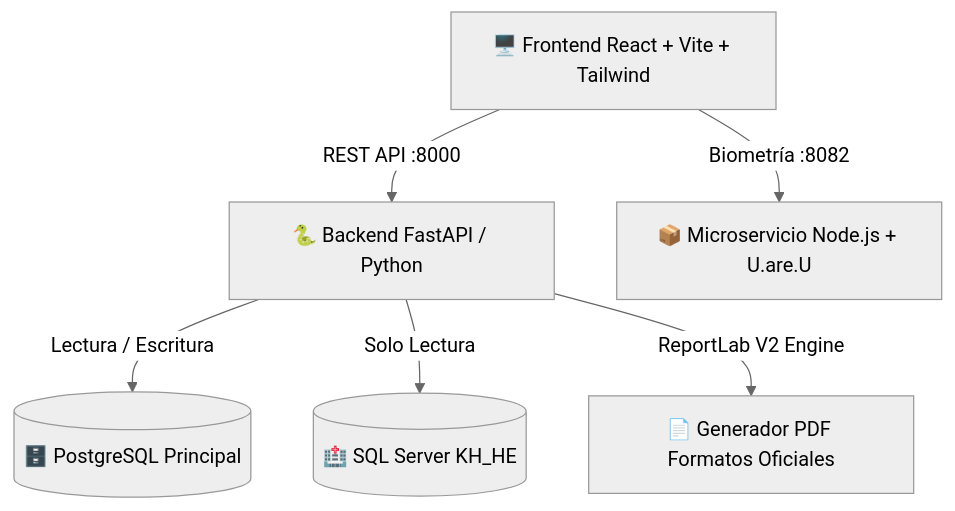
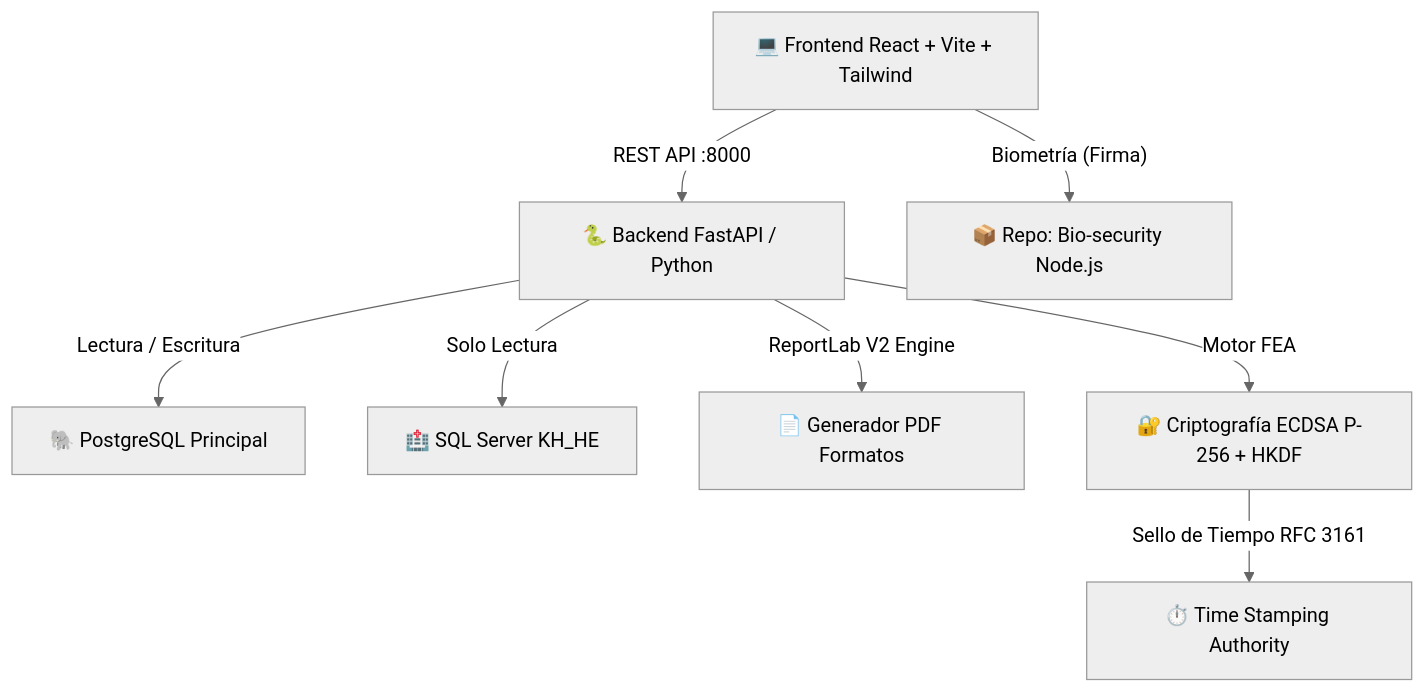
Before and after one commit to TeruIshijo1/Bit-cora-M-dica: the diagram in README.md, drawn with Mermaid (neutral theme).

Commit message:
docs: actualizar diagrama de arquitectura con el motor FEA y TSA

````diff
--- a/README.md
+++ b/README.md
@@ -22,8 +22,10 @@
 ```mermaid
 graph TD
-    Client[🖥️ Frontend React + Vite + Tailwind] -->|REST API :8000| Backend[🐍 Backend FastAPI / Python]
-    Client -->|Biometría :8082| BiometricSvc[📦 Microservicio Node.js + U.are.U]
-    Backend -->|Lectura / Escritura| Postgres[(🗄️ PostgreSQL Principal)]
-    Backend -->|Solo Lectura| SQLServer[(🏥 SQL Server KH_HE)]
-    Backend -->|ReportLab V2 Engine| PDFGen[📄 Generador PDF Formatos Oficiales]
+    Client["💻 Frontend React + Vite + Tailwind"] -->|"REST API :8000"| Backend["🐍 Backend FastAPI / Python"]
+    Client -->|"Biometría (Firma)"| BiometricSvc["📦 Repo: Bio-security Node.js"]
+    Backend -->|"Lectura / Escritura"| Postgres["🐘 PostgreSQL Principal"]
+    Backend -->|"Solo Lectura"| SQLServer["🏥 SQL Server KH_HE"]
+    Backend -->|"ReportLab V2 Engine"| PDFGen["📄 Generador PDF Formatos"]
+    Backend -->|"Motor FEA"| Crypto["🔐 Criptografía ECDSA P-256 + HKDF"]
+    Crypto -->|"Sello de Tiempo RFC 3161"| TSA["⏱️ Time Stamping Authority"]
 ```
````
